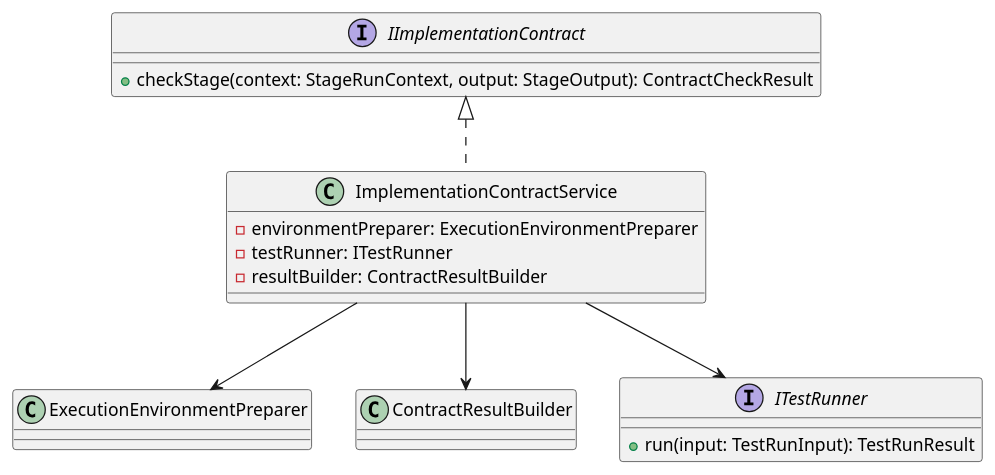
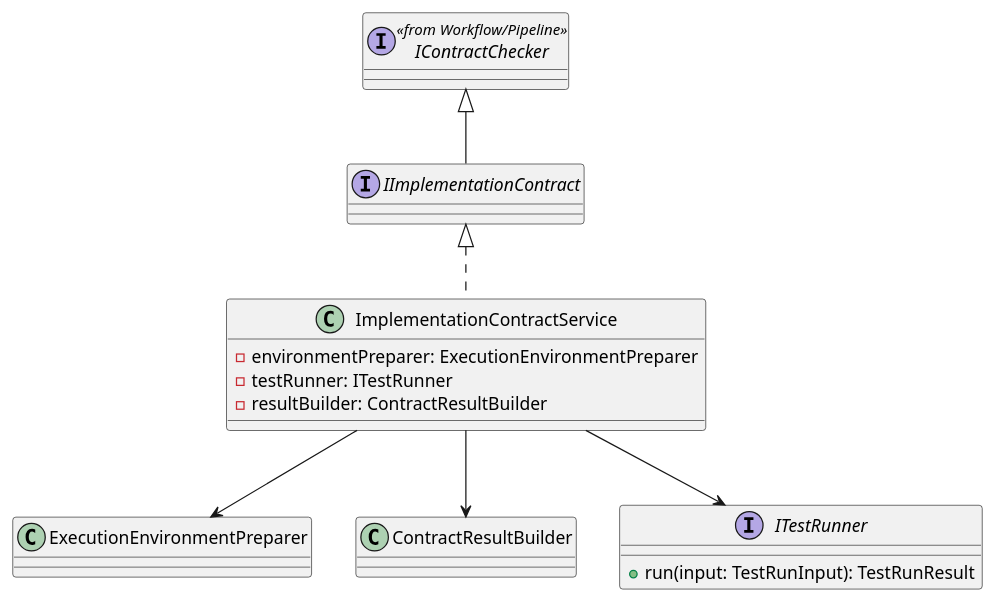
One commit to lucky-chen/ai_workflow_travel changed the first of 2 diagrams in meta_layer/docs/design_docs/Contract/ImplementationContract.md. Above: the diagram before and after it, drawn with PlantUML. The commit also changed other lines of this file and 18 other files, not shown here.

````diff
--- a/meta_layer/docs/design_docs/Contract/ImplementationContract.md
+++ b/meta_layer/docs/design_docs/Contract/ImplementationContract.md
@@ -37,25 +37,25 @@
 ```plantuml
 @startuml
-interface IImplementationContract {
-  +checkStage(context: StageRunContext, output: StageOutput): ContractCheckResult
-}
+interface IImplementationContract {}
 
 class ImplementationContractService {
   -environmentPreparer: ExecutionEnvironmentPreparer
   -testRunner: ITestRunner
   -resultBuilder: ContractResultBuilder
 }
 
 class ExecutionEnvironmentPreparer
 class ContractResultBuilder
 
 interface ITestRunner {
   +run(input: TestRunInput): TestRunResult
 }
 
+interface IContractChecker <<from Workflow/Pipeline>>
+IContractChecker <|-- IImplementationContract
 IImplementationContract <|.. ImplementationContractService
 ImplementationContractService --> ExecutionEnvironmentPreparer
 ImplementationContractService --> ITestRunner
 ImplementationContractService --> ContractResultBuilder
 @enduml
 ```
````
